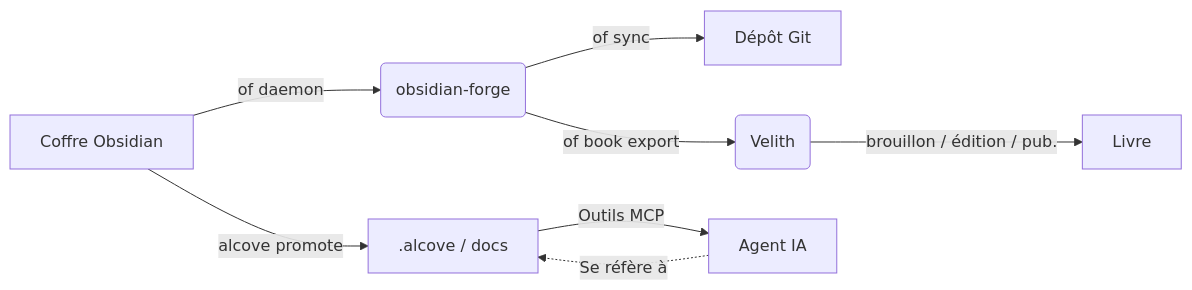
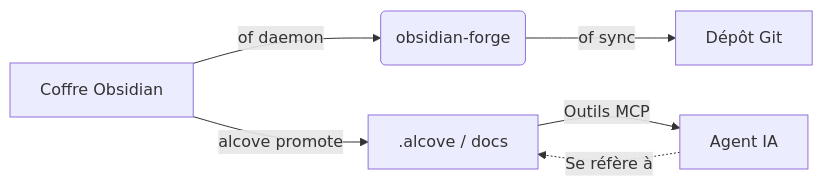
One commit to epicsagas/obsidian-forge changed the diagram in docs/README_fr.md. Above: the diagram before and after it, drawn with Mermaid. The commit also changed other lines of this file and 13 other files, not shown here.

````diff
--- a/docs/README_fr.md
+++ b/docs/README_fr.md
@@ -397,10 +351,8 @@
 ```mermaid
 graph LR
     A[Coffre Obsidian] -->|of daemon| B(obsidian-forge)
     B -->|of sync| C[Dépôt Git]
     A -->|alcove promote| D[.alcove / docs]
     D -->|Outils MCP| E[Agent IA]
     E -.->|Se réfère à| D
-    B -->|of book export| F(Velith)
-    F -->|brouillon / édition / pub.| G[Livre]
 ```
````
